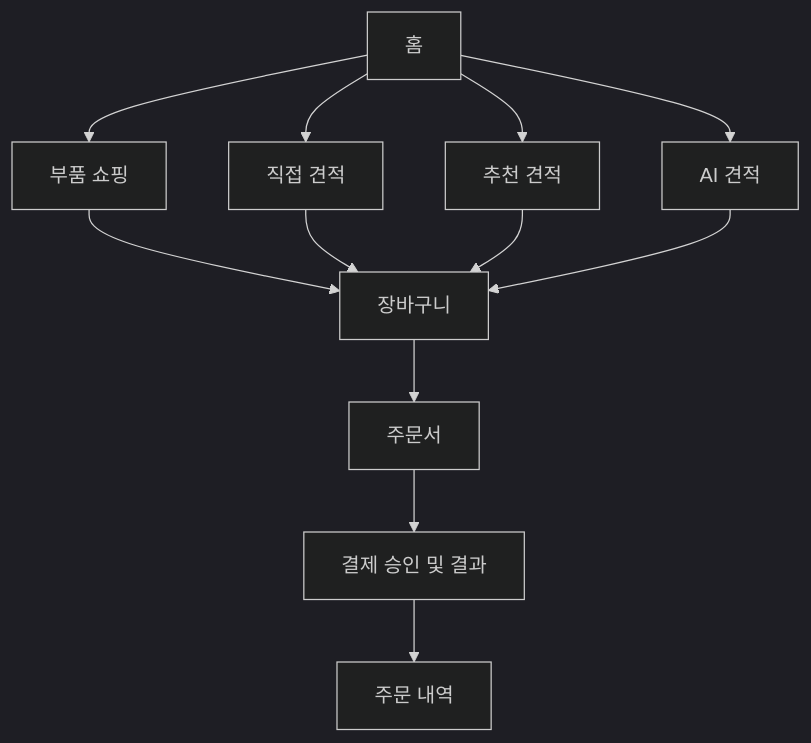
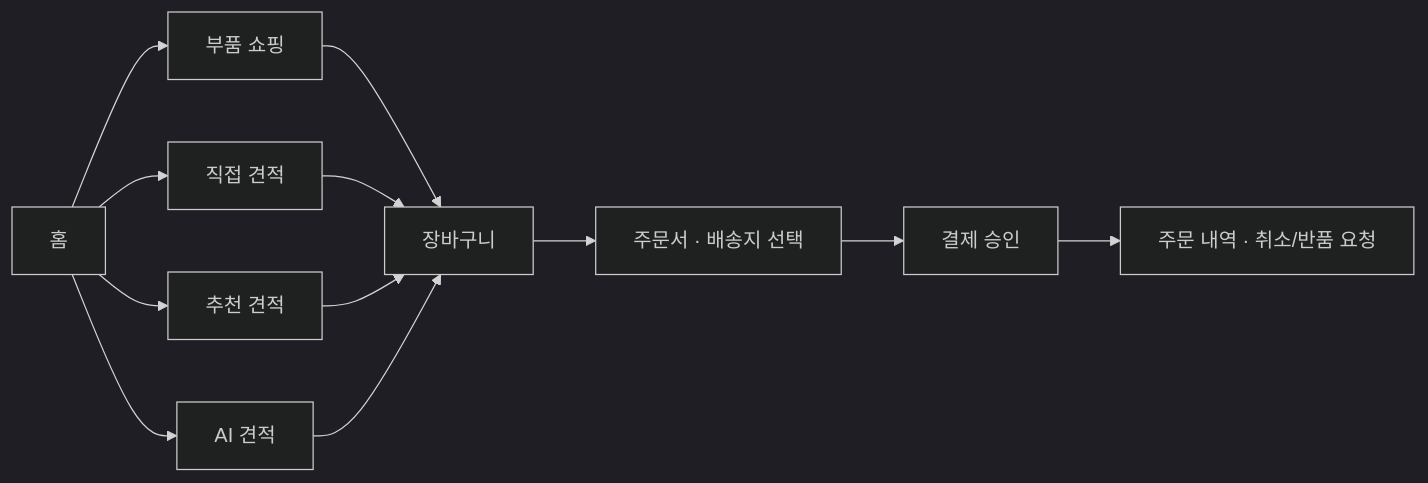
One commit to SiH0215/COMPICK changed the diagram in README.md. Above: the diagram before and after it, drawn with Mermaid (dark theme). The commit also changed other lines of this file and 2 other files, not shown here.

Commit message:
docs: explain full-stack shopping flows and implementation

````diff
--- a/README.md
+++ b/README.md
@@ -29,14 +22,14 @@
 ```mermaid
-flowchart TD
+flowchart LR
     A[홈] --> B[부품 쇼핑]
     A --> C[직접 견적]
     A --> D[추천 견적]
     A --> E[AI 견적]
     B --> F[장바구니]
     C --> F
     D --> F
     E --> F
-    F --> G[주문서]
-    G --> H[결제 승인 및 결과]
-    H --> I[주문 내역]
+    F --> G[주문서 · 배송지 선택]
+    G --> H[결제 승인]
+    H --> I[주문 내역 · 취소/반품 요청]
 ```
````
